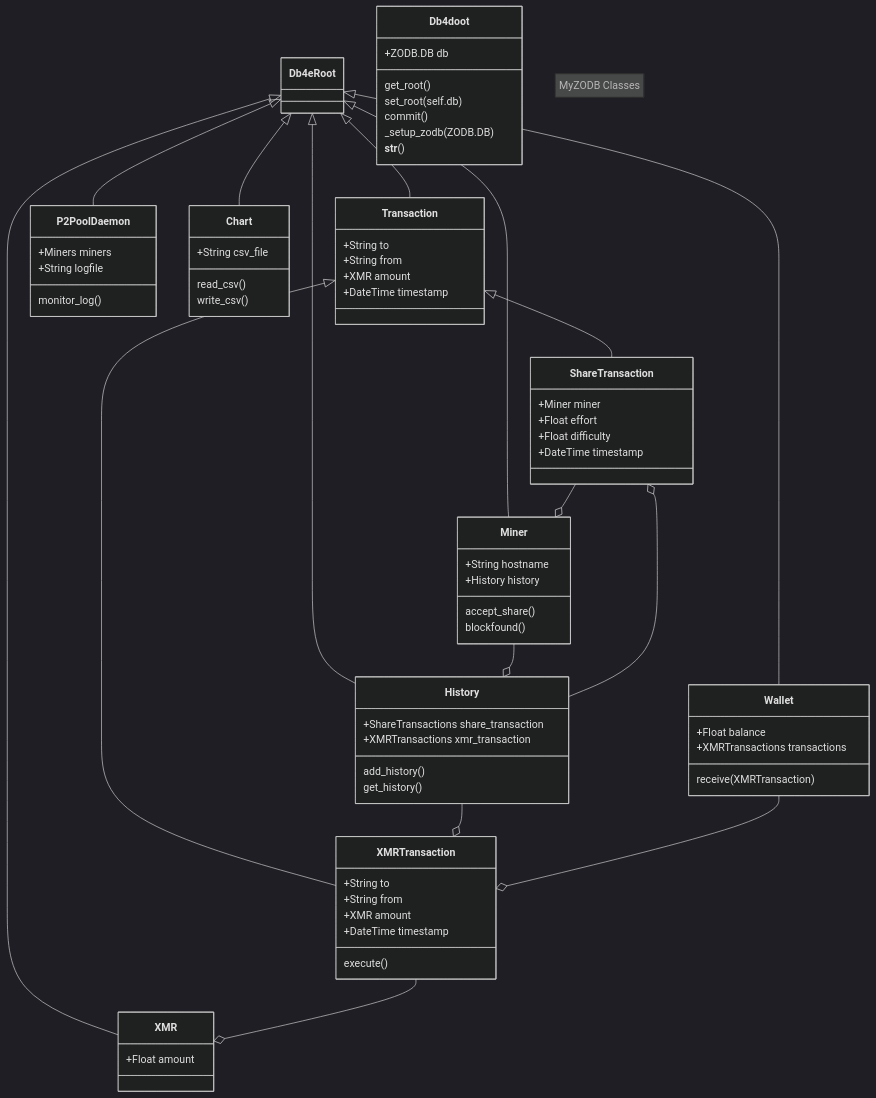
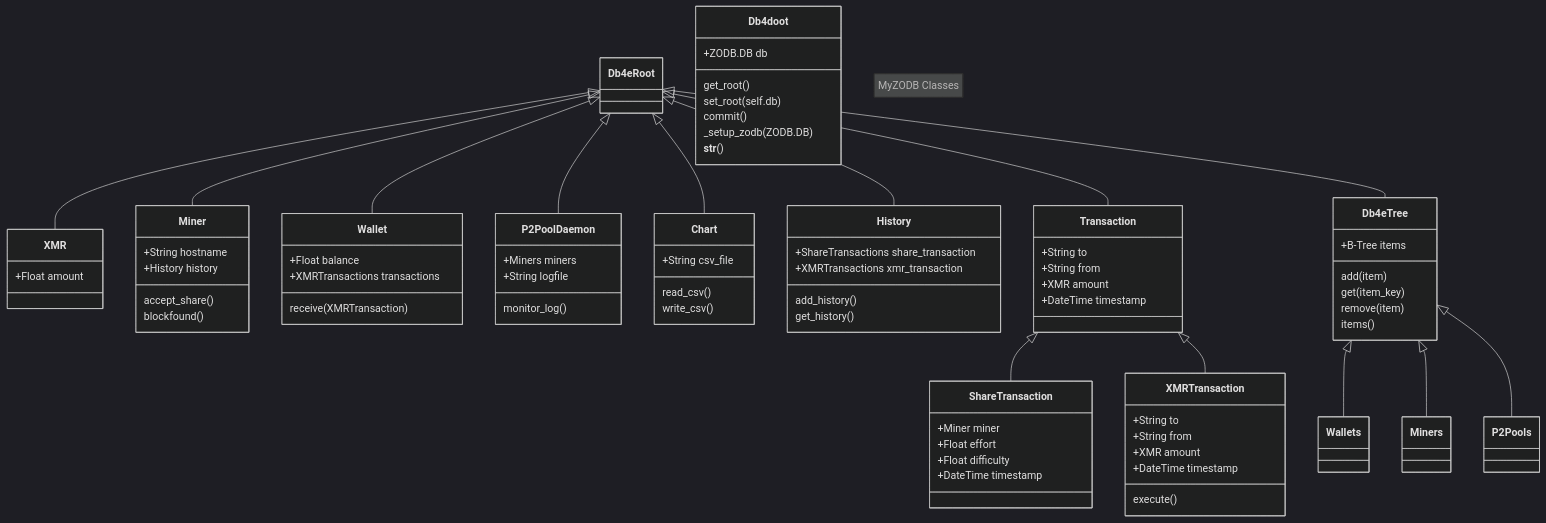
Before and after one commit to NadimGhaznavi/myzodb: the diagram in _posts/2024-06-02-Class-Hierarchy.md, drawn with Mermaid (dark theme). The commit also changed 18 other files, not shown here.

```diff
--- a/_posts/2024-06-02-Class-Hierarchy.md
+++ b/_posts/2024-06-02-Class-Hierarchy.md
@@ -10,20 +10,29 @@
   classDiagram
     note "MyZODB Classes"
     Db4eRoot <|-- XMR
-    Db4eRoot <|-- Transaction
-    Transaction <|-- ShareTransaction
-    Transaction <|-- XMRTransaction
     Db4eRoot <|-- Miner
     Db4eRoot <|-- Wallet
     Db4eRoot <|-- P2PoolDaemon
     Db4eRoot <|-- Chart
     Db4eRoot <|-- History
-    Miner --o History
-    History --o XMRTransaction
-    History --o ShareTransaction
-    XMRTransaction --o XMR
-    Wallet --o XMRTransaction
-    ShareTransaction --o Miner
+    
+    Db4eRoot <|-- Transaction
+    Transaction <|-- ShareTransaction
+    Transaction <|-- XMRTransaction
+    
+    Db4eRoot <|-- Db4eTree
+    Db4eTree <|-- Wallets
+    Db4eTree <|-- Miners
+    Db4eTree <|-- P2Pools
+    
+    
+    class Db4eTree{
+      +B-Tree items
+      add(item)
+      get(item_key)
+      remove(item)
+      items()
+    }
 
     class Chart{
       +String csv_file
```
